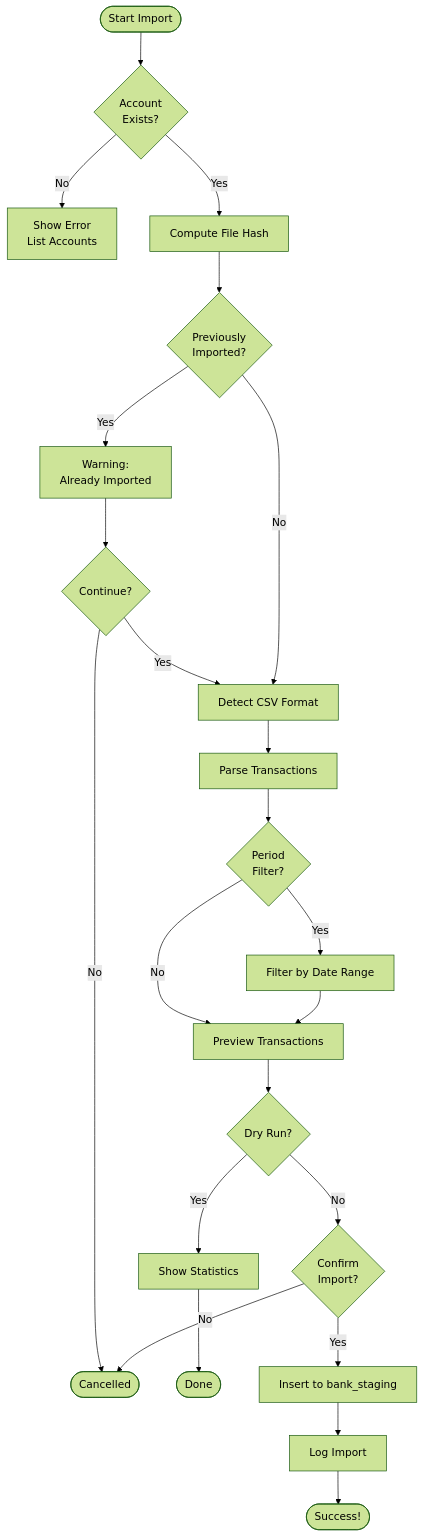
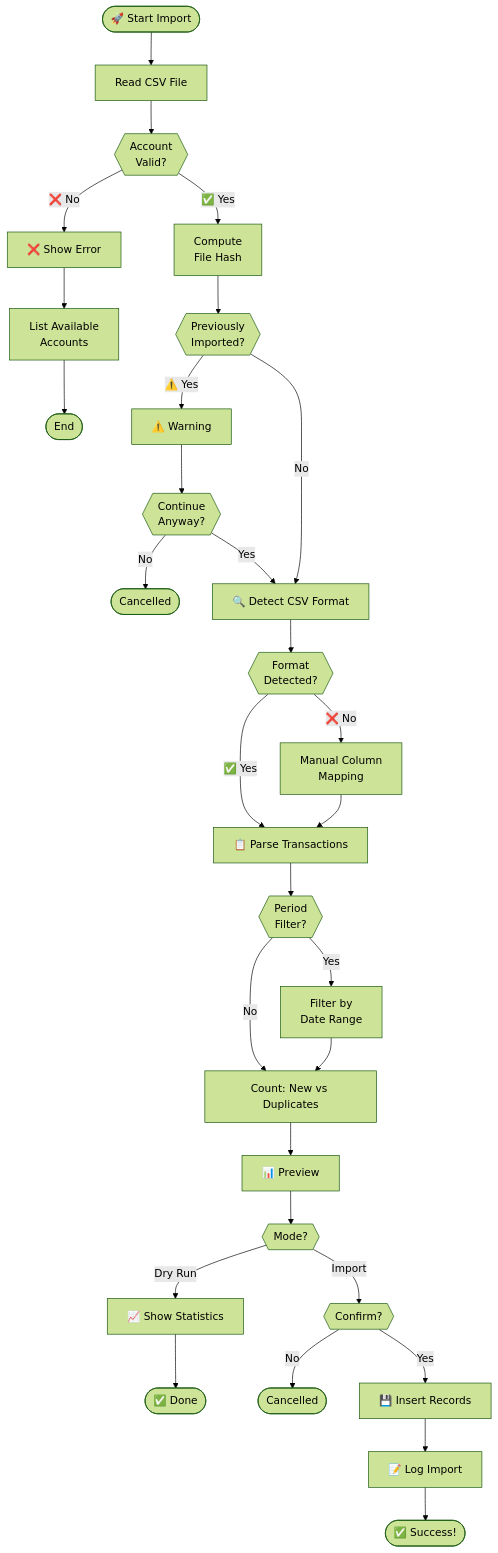
The third of 7 diagrams in docs/import-and-wizard-guide.md (bgs-fbreen/copilot_db-development), drawn with Mermaid (forest theme) before and after one commit. The commit also changed other lines of this file, not shown here.

First line of the commit message:
Transform linear Mermaid diagrams into multi-dimensional workflow visualizations (#36)

````diff
--- a/docs/import-and-wizard-guide.md
+++ b/docs/import-and-wizard-guide.md
@@ -196,24 +238,45 @@
 ```mermaid
 flowchart TD
-    START([Start Import]) --> VALIDATE{Account<br/>Exists?}
-    VALIDATE -->|No| ERROR1[Show Error<br/>List Accounts]
-    VALIDATE -->|Yes| HASH[Compute File Hash]
-    HASH --> DUP{Previously<br/>Imported?}
-    DUP -->|Yes| WARN[Warning:<br/>Already Imported]
-    WARN --> CONFIRM1{Continue?}
-    CONFIRM1 -->|No| CANCEL([Cancelled])
-    CONFIRM1 -->|Yes| DETECT
-    DUP -->|No| DETECT[Detect CSV Format]
-    DETECT --> PARSE[Parse Transactions]
-    PARSE --> FILTER{Period<br/>Filter?}
-    FILTER -->|Yes| APPLY[Filter by Date Range]
-    FILTER -->|No| PREVIEW
-    APPLY --> PREVIEW[Preview Transactions]
-    PREVIEW --> DRYRUN{Dry Run?}
-    DRYRUN -->|Yes| STATS[Show Statistics] --> DONE([Done])
-    DRYRUN -->|No| CONFIRM2{Confirm<br/>Import?}
-    CONFIRM2 -->|No| CANCEL
-    CONFIRM2 -->|Yes| INSERT[Insert to bank_staging]
-    INSERT --> LOG[Log Import]
-    LOG --> SUCCESS([Success!])
+    START([🚀 Start Import]) --> INPUT["Read CSV File"]
+    
+    INPUT --> VALIDATE{{"Account<br/>Valid?"}}
+    VALIDATE -->|❌ No| ERROR1["❌ Show Error"]
+    ERROR1 --> LIST["List Available<br/>Accounts"]
+    LIST --> END1([End])
+    
+    VALIDATE -->|✅ Yes| HASH["Compute<br/>File Hash"]
+    
+    HASH --> DUP{{"Previously<br/>Imported?"}}
+    DUP -->|⚠️ Yes| WARN["⚠️ Warning"]
+    WARN --> OVERRIDE{{"Continue<br/>Anyway?"}}
+    OVERRIDE -->|No| END2([Cancelled])
+    OVERRIDE -->|Yes| DETECT
+    
+    DUP -->|No| DETECT["🔍 Detect CSV Format"]
+    
+    DETECT --> FORMAT{{"Format<br/>Detected?"}}
+    FORMAT -->|❌ No| MANUAL_MAP["Manual Column<br/>Mapping"]
+    FORMAT -->|✅ Yes| PARSE
+    MANUAL_MAP --> PARSE
+    
+    PARSE["📋 Parse Transactions"]
+    
+    PARSE --> PERIOD{{"Period<br/>Filter?"}}
+    PERIOD -->|Yes| FILTER["Filter by<br/>Date Range"]
+    PERIOD -->|No| COUNT
+    FILTER --> COUNT
+    
+    COUNT["Count: New vs Duplicates"]
+    
+    COUNT --> PREVIEW["📊 Preview"]
+    
+    PREVIEW --> MODE{{"Mode?"}}
+    MODE -->|Dry Run| STATS["📈 Show Statistics"] --> DONE([✅ Done])
+    MODE -->|Import| CONFIRM{{"Confirm?"}}
+    
+    CONFIRM -->|No| END3([Cancelled])
+    CONFIRM -->|Yes| INSERT["💾 Insert Records"]
+    
+    INSERT --> LOG["📝 Log Import"]
+    LOG --> SUCCESS([✅ Success!])
 ```
````
